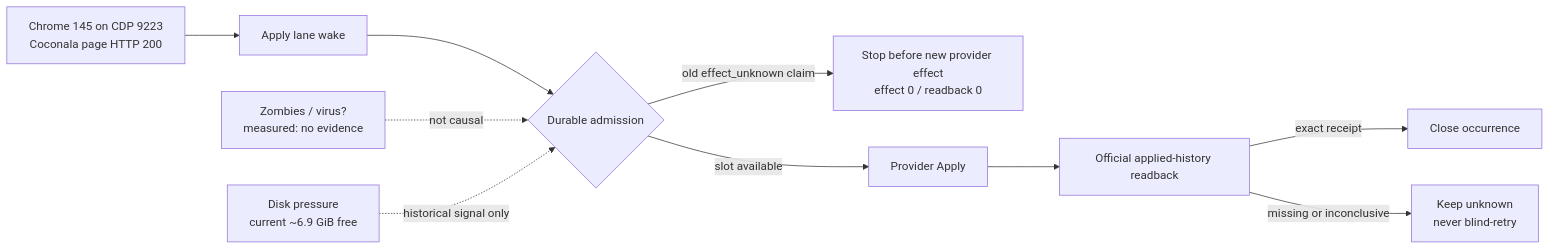
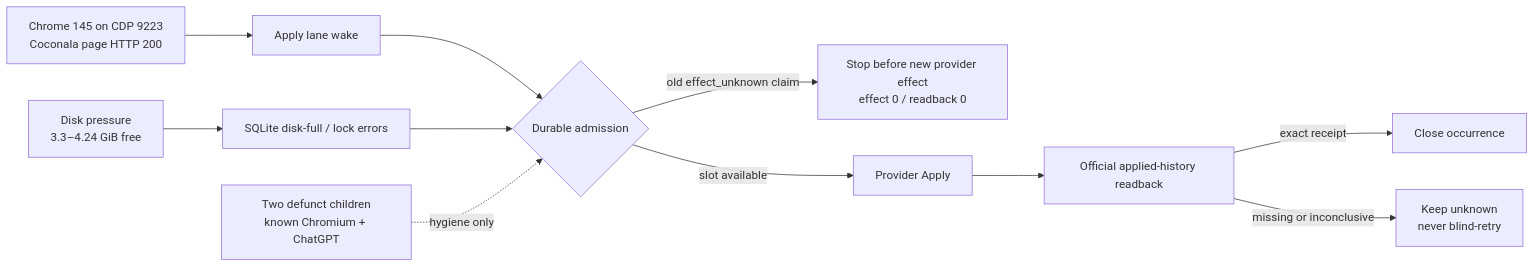
One commit to Daisuke134/life-manager changed the first of 12 diagrams in docs/superpowers/specs/2026-08-22-life-manager-gig-economy-loop-design.md. Above: the diagram before and after it, drawn with Mermaid. The commit also changed other lines of this file, not shown here.

````diff
--- a/docs/superpowers/specs/2026-08-22-life-manager-gig-economy-loop-design.md
+++ b/docs/superpowers/specs/2026-08-22-life-manager-gig-economy-loop-design.md
@@ -371,12 +401,13 @@
 ```mermaid
 flowchart LR
   B[Chrome 145 on CDP 9223\nCoconala page HTTP 200] --> L[Apply lane wake]
   L --> A{Durable admission}
   A -->|old effect_unknown claim| S[Stop before new provider effect\neffect 0 / readback 0]
   A -->|slot available| P[Provider Apply]
   P --> R[Official applied-history readback]
   R -->|exact receipt| C[Close occurrence]
   R -->|missing or inconclusive| U[Keep unknown\nnever blind-retry]
-  Z[Zombies / virus?\nmeasured: no evidence] -.not causal.-> A
-  D[Disk pressure\ncurrent ~6.9 GiB free] -.historical signal only.-> A
+  D[Disk pressure\n3.3–4.24 GiB free] --> Q[SQLite disk-full / lock errors]
+  Q --> A
+  Z[Two defunct children\nknown Chromium + ChatGPT] -.hygiene only.-> A
 ```
````
